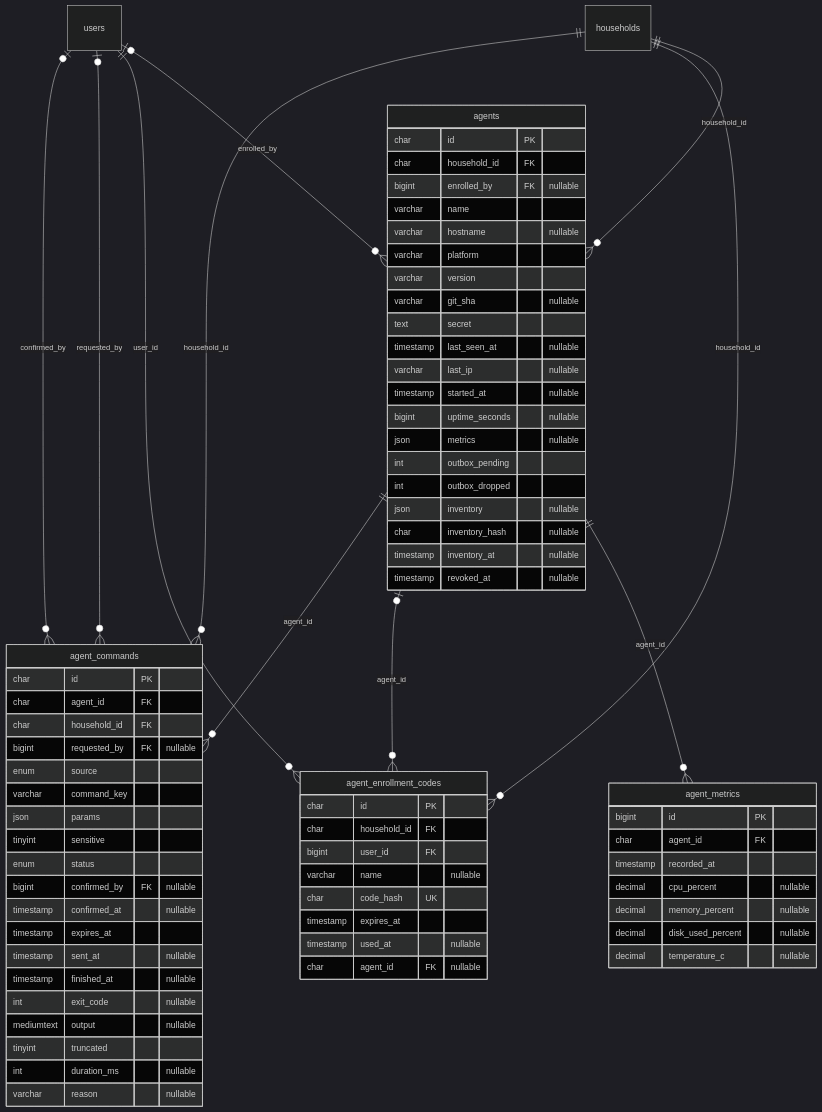
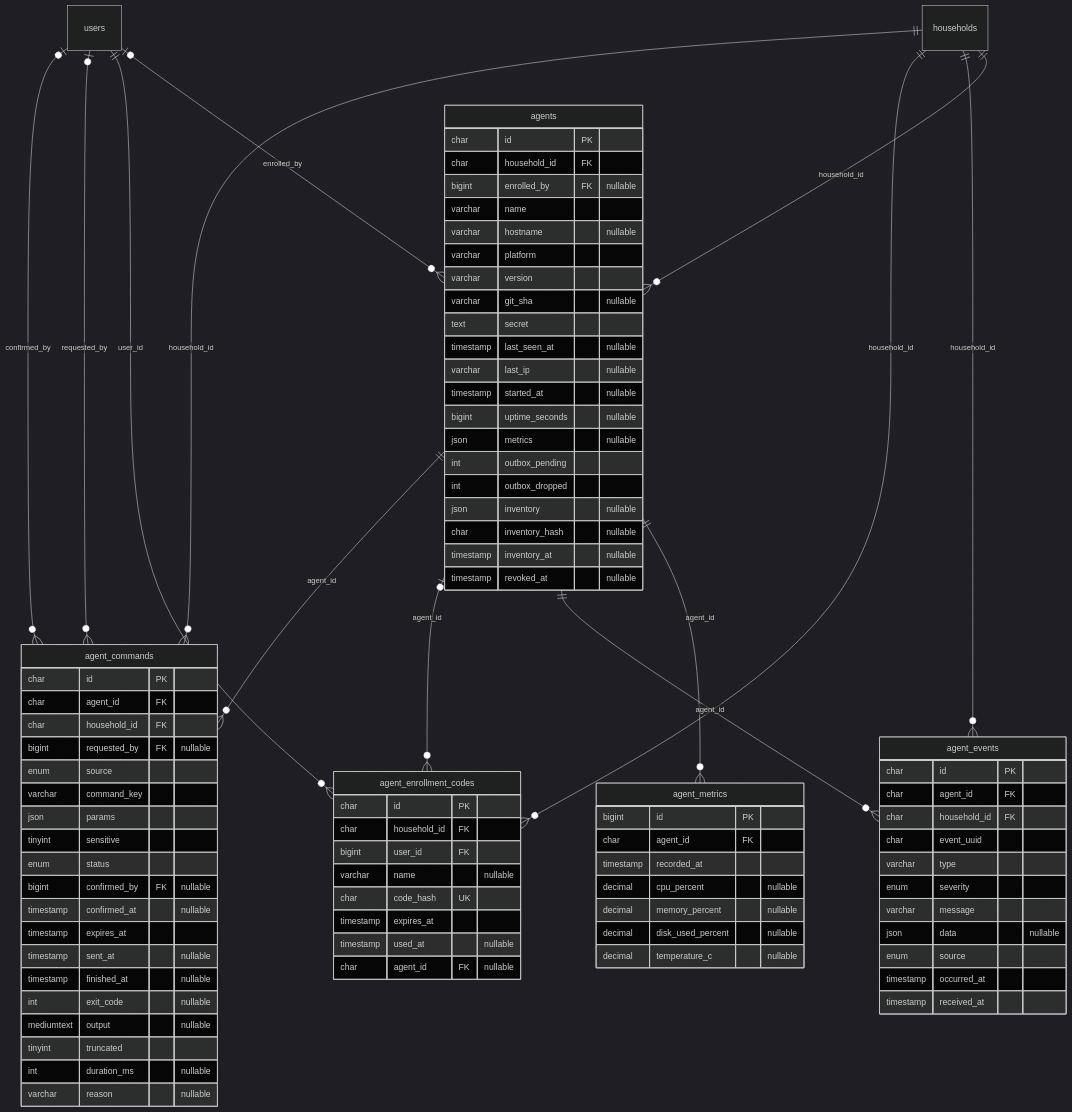
Before and after one commit to kgiannopoulou/home-helper-api: diagram 12 of 12 in docs/database.md, drawn with Mermaid (dark theme). The commit also changed other lines of this file and 22 other files, not shown here.

First line of the commit message:
Agents: local event reporting with a durable outbox (day 66)

```diff
--- a/docs/database.md
+++ b/docs/database.md
@@ -702,6 +703,19 @@
         int duration_ms "nullable"
         varchar reason "nullable"
     }
+    agent_events {
+        char id PK
+        char agent_id FK
+        char household_id FK
+        char event_uuid
+        varchar type
+        enum severity
+        varchar message
+        json data "nullable"
+        enum source
+        timestamp occurred_at
+        timestamp received_at
+    }
     agents ||--o{ agent_commands : "agent_id"
     users |o--o{ agent_commands : "confirmed_by"
     households ||--o{ agent_commands : "household_id"
@@ -709,6 +723,8 @@
     agents |o--o{ agent_enrollment_codes : "agent_id"
     households ||--o{ agent_enrollment_codes : "household_id"
     users ||--o{ agent_enrollment_codes : "user_id"
+    agents ||--o{ agent_events : "agent_id"
+    households ||--o{ agent_events : "household_id"
     agents ||--o{ agent_metrics : "agent_id"
     users |o--o{ agents : "enrolled_by"
     households ||--o{ agents : "household_id"
```
